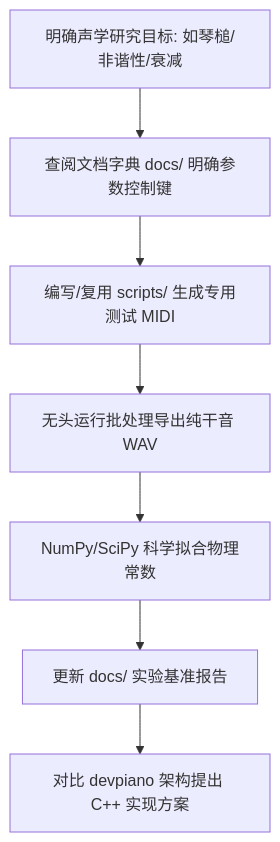
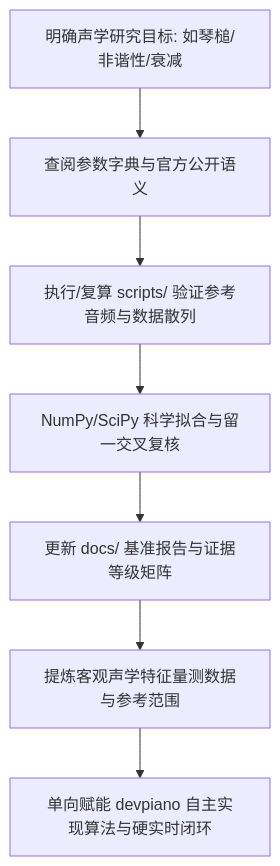
One commit to 0xnayuta/pianoteq9 changed the diagram in AGENTS.md. Above: the diagram before and after it, drawn with Mermaid. The commit also changed other lines of this file and 2 other files, not shown here.

````diff
--- a/AGENTS.md
+++ b/AGENTS.md
@@ -147,9 +161,9 @@
 ```mermaid
 flowchart TD
-    A[明确声学研究目标: 如琴槌/非谐性/衰减] --> B[查阅文档字典 docs/ 明确参数控制键]
-    B --> C[编写/复用 scripts/ 生成专用测试 MIDI]
-    C --> D[无头运行批处理导出纯干音 WAV]
-    D --> E[NumPy/SciPy 科学拟合物理常数]
-    E --> F[更新 docs/ 实验基准报告]
-    F --> G[对比 devpiano 架构提出 C++ 实现方案]
+    A[明确声学研究目标: 如琴槌/非谐性/衰减] --> B[查阅参数字典与官方公开语义]
+    B --> C[执行/复算 scripts/ 验证参考音频与数据散列]
+    C --> D[NumPy/SciPy 科学拟合与留一交叉复核]
+    D --> E[更新 docs/ 基准报告与证据等级矩阵]
+    E --> F[提炼客观声学特征量测数据与参考范围]
+    F --> G[单向赋能 devpiano 自主实现算法与硬实时闭环]
 ```
````
